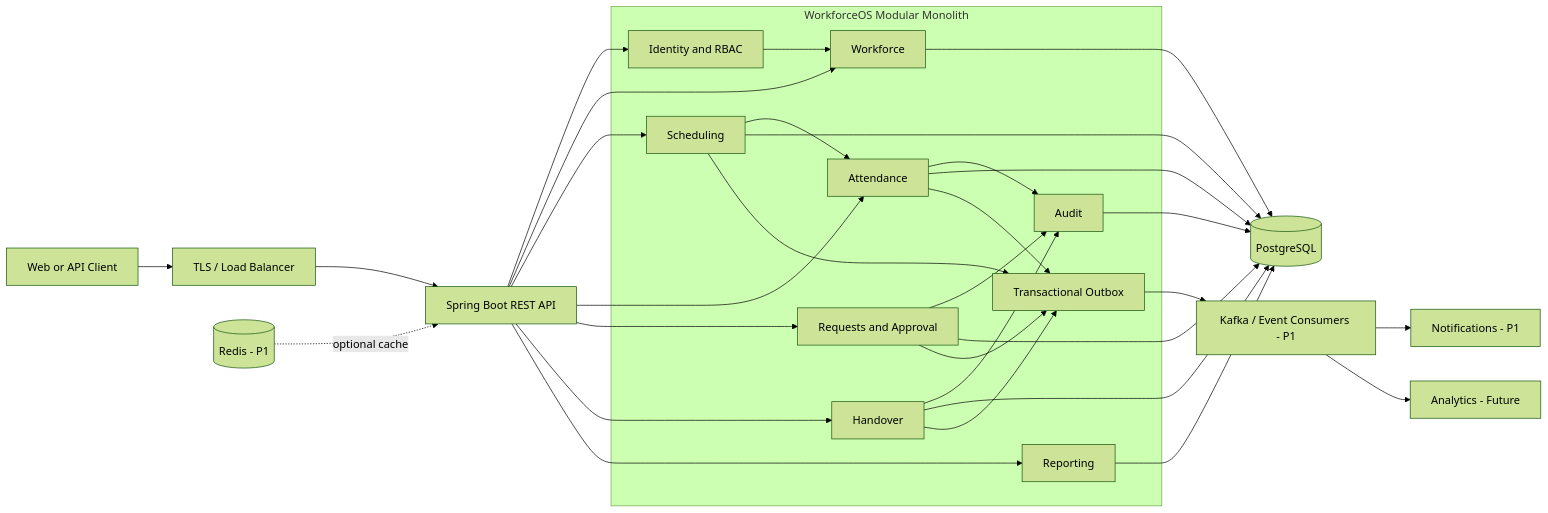
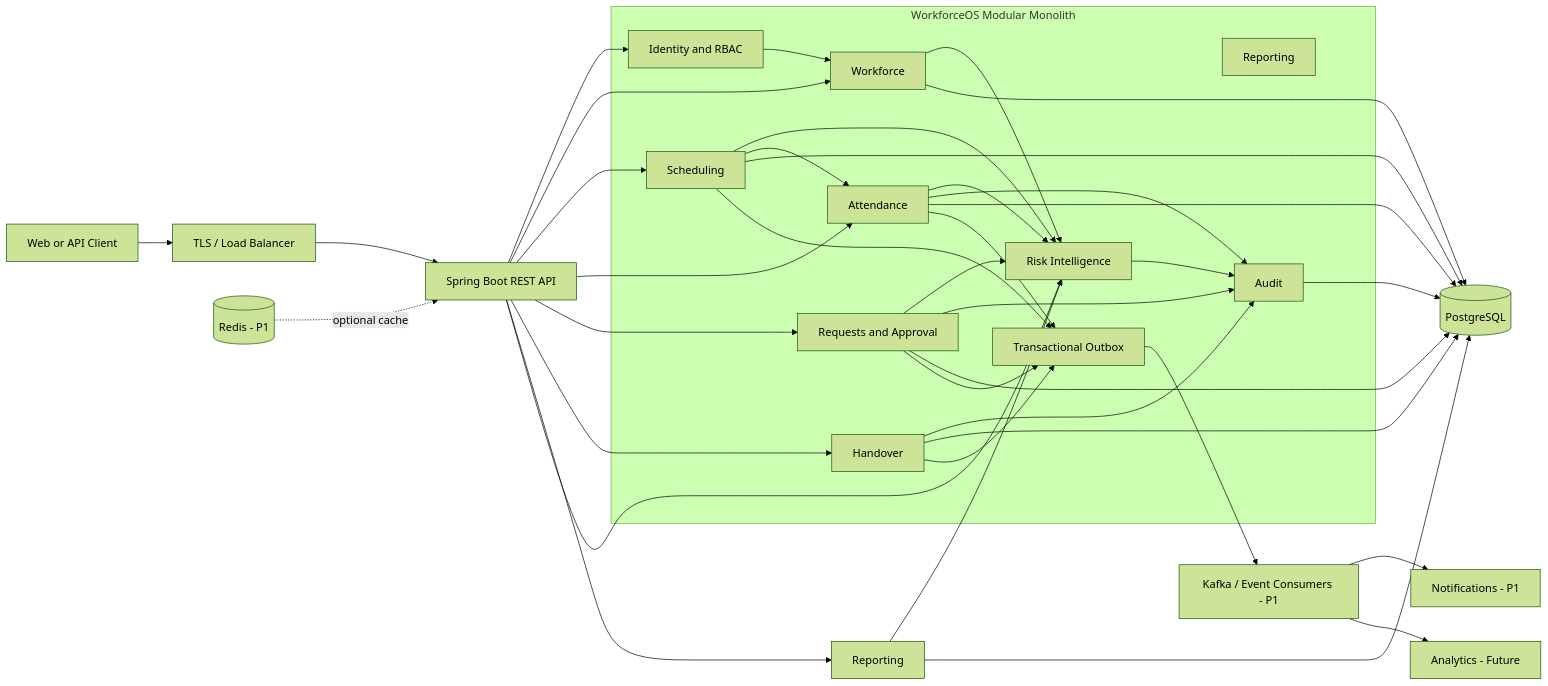
One commit to mwyzer/WorkForceOS changed the third of 5 diagrams in README.md. Above: the diagram before and after it, drawn with Mermaid (forest theme). The commit also changed other lines of this file and 243 other files, not shown here.

````diff
--- a/README.md
+++ b/README.md
@@ -222,45 +266,53 @@
 ```mermaid
 flowchart LR
         Client[Web or API Client] --> TLS[TLS / Load Balancer]
         TLS --> API[Spring Boot REST API]
 
         subgraph App[WorkforceOS Modular Monolith]
                 Auth[Identity and RBAC]
                 Workforce[Workforce]
                 Scheduling[Scheduling]
                 Attendance[Attendance]
                 Requests[Requests and Approval]
                 Handover[Handover]
-                Reporting[Reporting]
+                Reports[Reporting]
+                Risk[Risk Intelligence]
                 Audit[Audit]
                 Outbox[Transactional Outbox]
         end
 
         API --> Auth
         API --> Workforce
         API --> Scheduling
         API --> Attendance
         API --> Requests
         API --> Handover
         API --> Reporting
+        Scheduling --> Risk
+        Workforce --> Risk
+        Attendance --> Risk
+        Requests --> Risk
+        API --> Risk
+        Reporting --> Risk
+        Risk --> Audit
         Auth --> Workforce
         Scheduling --> Attendance
         Requests --> Audit
         Attendance --> Audit
         Handover --> Audit
         Workforce --> DB[(PostgreSQL)]
         Scheduling --> DB
         Attendance --> DB
         Requests --> DB
         Handover --> DB
         Audit --> DB
         Reporting --> DB
         Attendance --> Outbox
         Scheduling --> Outbox
         Requests --> Outbox
         Handover --> Outbox
         Outbox --> Events[Kafka / Event Consumers - P1]
         Events --> Notify[Notifications - P1]
         Events --> Analytics[Analytics - Future]
         Cache[(Redis - P1)] -. optional cache .-> API
 ```
````
